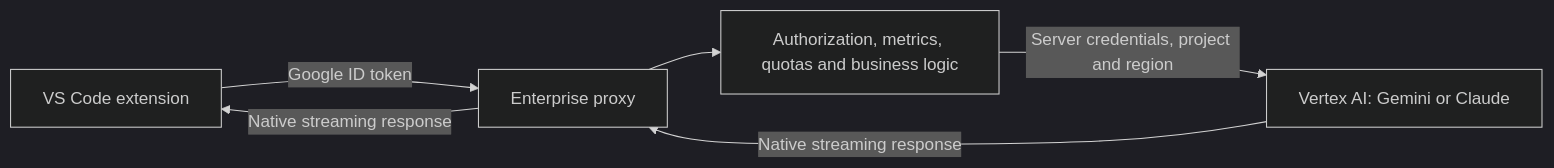
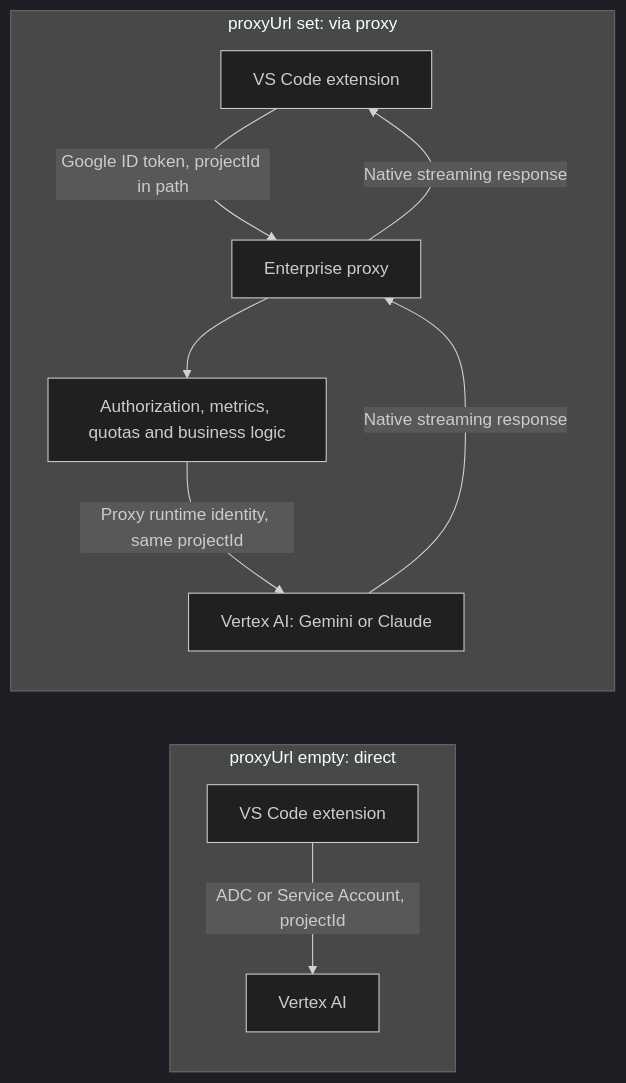
One commit to jorsm/vertex-ai-models-chat-provider changed the diagram in docs/proxy.md. Above: the diagram before and after it, drawn with Mermaid (dark theme). The commit also changed other lines of this file and 15 other files, not shown here.

First line of the commit message:
feat(proxy): require projectId in all modes and release 0.7.3

````diff
--- a/docs/proxy.md
+++ b/docs/proxy.md
@@ -7,8 +7,13 @@
 ```mermaid
 flowchart LR
-    Client[VS Code extension] -->|Google ID token| Proxy[Enterprise proxy]
-    Proxy --> Policy[Authorization, metrics, quotas and business logic]
-    Policy -->|Server credentials, project and region| Vertex[Vertex AI: Gemini or Claude]
-    Vertex -->|Native streaming response| Proxy
-    Proxy -->|Native streaming response| Client
+    subgraph Direct["proxyUrl empty: direct"]
+        C1[VS Code extension] -->|"ADC or Service Account, projectId"| V1[Vertex AI]
+    end
+    subgraph Proxied["proxyUrl set: via proxy"]
+        C2[VS Code extension] -->|"Google ID token, projectId in path"| P[Enterprise proxy]
+        P --> Policy[Authorization, metrics, quotas and business logic]
+        Policy -->|"Proxy runtime identity, same projectId"| V2[Vertex AI: Gemini or Claude]
+        V2 -->|Native streaming response| P
+        P -->|Native streaming response| C2
+    end
 ```
````
